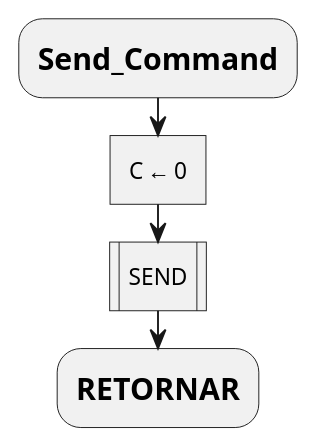
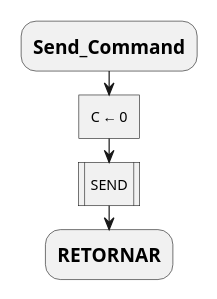
Diagram 17 of 23 in report.md (mlndz28/pr-623), drawn with PlantUML before and after one commit. The commit also changed other lines of this file and 4 other files, not shown here.

Commit message:
docs: Parameters and diagrams

````diff
--- a/report.md
+++ b/report.md
@@ -496,10 +609,12 @@
 ```plantuml
 @startuml
+scale max 150 height
 skinparam monochrome true
 skinparam defaultTextAlignment center
 
 :=Send_Command;
 :C ← 0]
 :SEND|
 :=RETORNAR;
+@enduml
 ```
````
